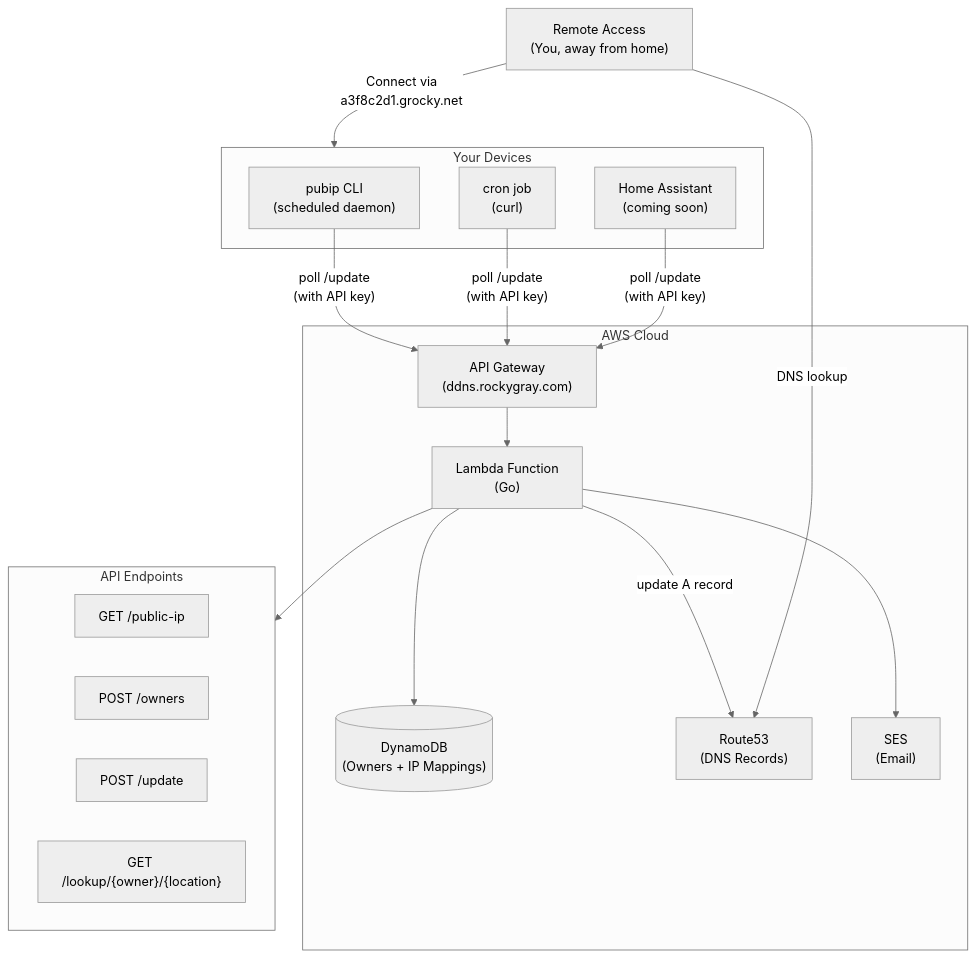
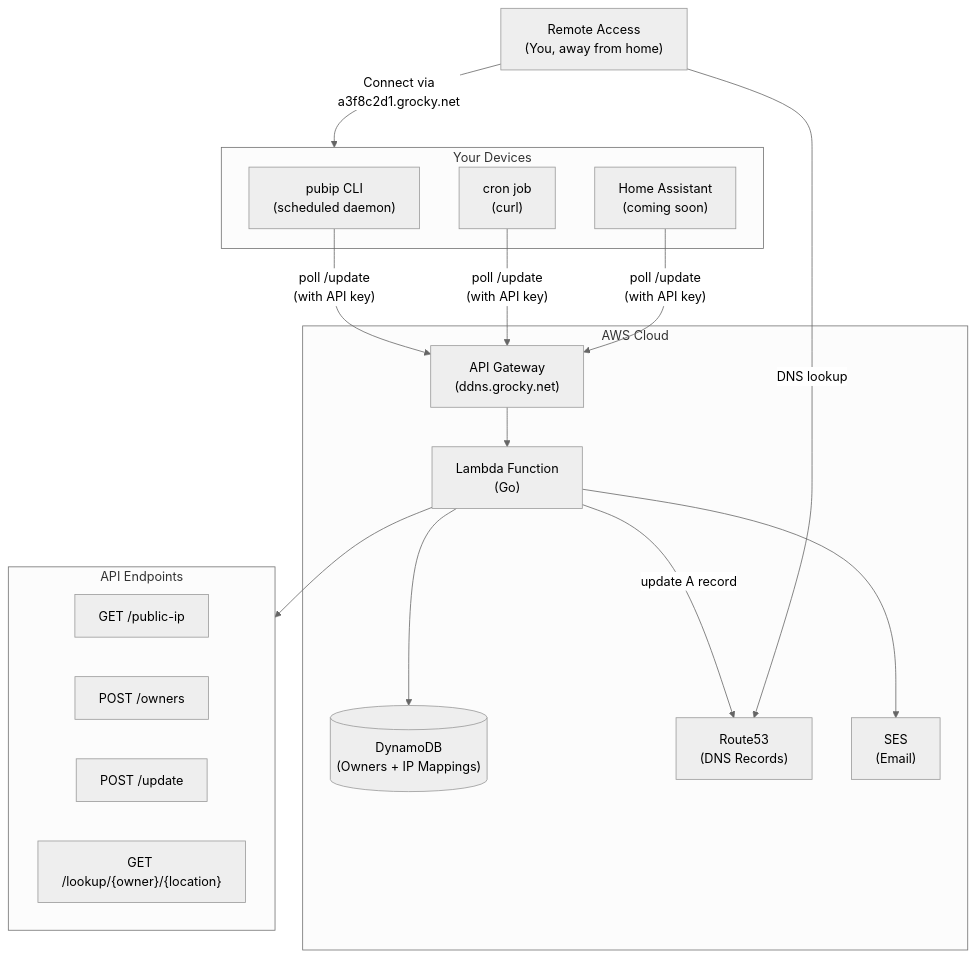
Before and after one commit to grocky/ddns-service: the diagram in README.md, drawn with Mermaid (neutral theme). The commit also changed other lines of this file and 9 other files, not shown here.

Commit message:
migrate to grocky.net domain

````diff
--- a/README.md
+++ b/README.md
@@ -31,37 +31,37 @@
 ```mermaid
 flowchart TB
     subgraph clients["Your Devices"]
         daemon["pubip CLI\n(scheduled daemon)"]
         cron["cron job\n(curl)"]
         ha["Home Assistant\n(coming soon)"]
     end
 
     subgraph aws["AWS Cloud"]
-        apigw["API Gateway\n(ddns.rockygray.com)"]
+        apigw["API Gateway\n(ddns.grocky.net)"]
         lambda["Lambda Function\n(Go)"]
         dynamodb[("DynamoDB\n(Owners + IP Mappings)")]
         route53["Route53\n(DNS Records)"]
         ses["SES\n(Email)"]
     end
 
     subgraph endpoints["API Endpoints"]
         direction LR
         e1["GET /public-ip"]
         e2["POST /owners"]
         e3["POST /update"]
         e4["GET /lookup/{owner}/{location}"]
     end
 
     daemon -->|"poll /update\n(with API key)"| apigw
     cron -->|"poll /update\n(with API key)"| apigw
     ha -->|"poll /update\n(with API key)"| apigw
 
     apigw --> lambda
     lambda --> dynamodb
     lambda -->|"update A record"| route53
     lambda --> ses
     lambda --> endpoints
 
     remote["Remote Access\n(You, away from home)"] -->|"DNS lookup"| route53
     remote -->|"Connect via\na3f8c2d1.grocky.net"| clients
 ```
````
